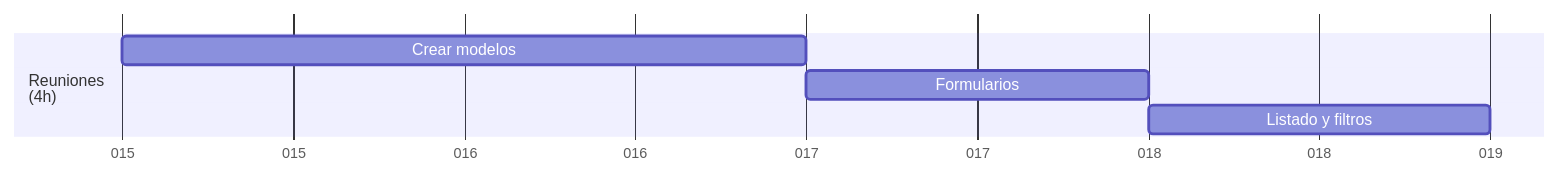
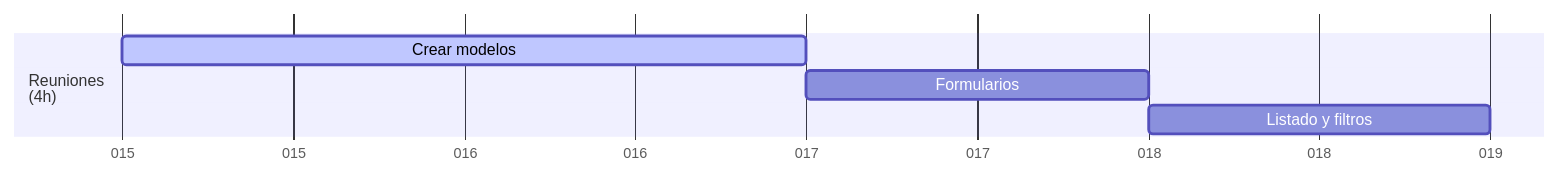
The fourth of 9 diagrams in .md/readme.md (Covija97/badentracker), drawn with Mermaid before and after one commit. The commit also changed other lines of this file, not shown here.

````diff
--- a/.md/readme.md
+++ b/.md/readme.md
@@ -63,10 +63,10 @@
 ```mermaid
 gantt
     dateFormat  DDD
     axisFormat %j
    
     section Reuniones<br>(4h)
-    Crear modelos               : 01-15, 2d
+    Crear modelos               :active, 01-15, 2d
     Formularios                 : 01-17, 1d
     Listado y filtros           : 01-18, 1d
 ```
````
